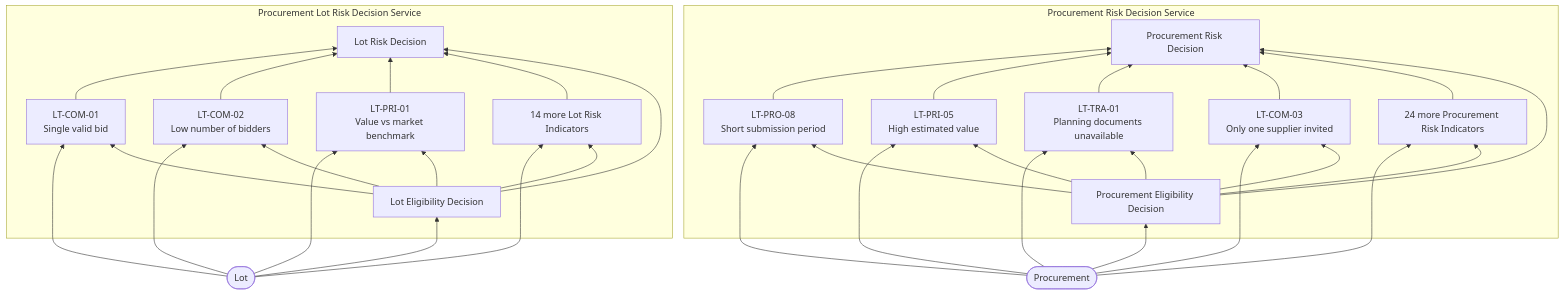
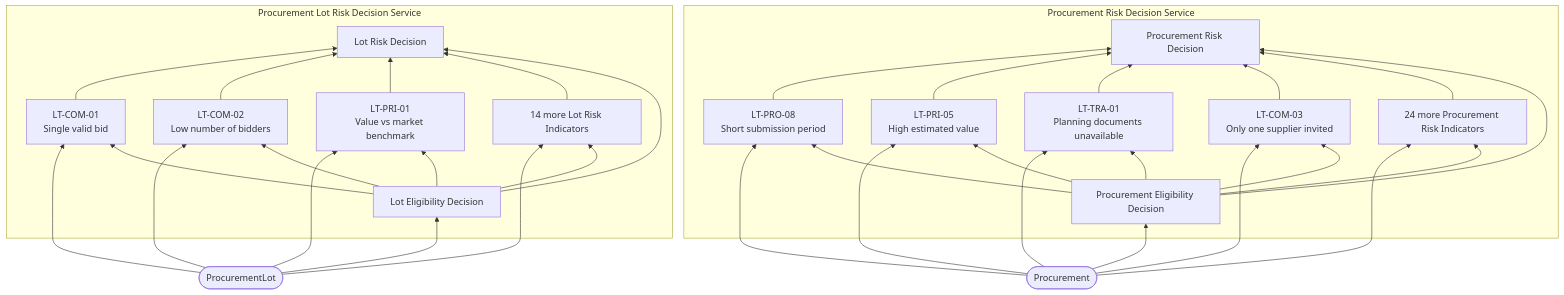
Before and after one commit to Viespirkiu-grupe/viespirkiai: the fourth of 5 diagrams in docs/indicators-story/risk-service-architecture-v2.md, drawn with Mermaid. The commit also changed other lines of this file, not shown here.

````diff
--- a/docs/indicators-story/risk-service-architecture-v2.md
+++ b/docs/indicators-story/risk-service-architecture-v2.md
@@ -143,56 +176,56 @@
 ```mermaid
 flowchart BT
     IDP(["Procurement"])
-    IDL(["Lot"])
+    IDL(["ProcurementLot"])
 
     subgraph DSP["Procurement Risk Decision Service"]
         EDP["Procurement Eligibility Decision"]
         P1["LT-PRO-08<br/>Short submission period"]
         P2["LT-PRI-05<br/>High estimated value"]
         P3["LT-TRA-01<br/>Planning documents unavailable"]
         P4["LT-COM-03<br/>Only one supplier invited"]
         PREST["24 more Procurement Risk Indicators"]
         RDP["Procurement Risk Decision"]
     end
 
     subgraph DSL["Procurement Lot Risk Decision Service"]
         EDL["Lot Eligibility Decision"]
         L1["LT-COM-01<br/>Single valid bid"]
         L2["LT-COM-02<br/>Low number of bidders"]
         L3["LT-PRI-01<br/>Value vs market benchmark"]
         LREST["14 more Lot Risk Indicators"]
         RDL["Lot Risk Decision"]
     end
 
     IDP --> EDP
     IDP --> P1
     IDP --> P2
     IDP --> P3
     IDP --> P4
     IDP --> PREST
     EDP --> P1
     EDP --> P2
     EDP --> P3
     EDP --> P4
     EDP --> PREST
     P1 --> RDP
     P2 --> RDP
     P3 --> RDP
     P4 --> RDP
     PREST --> RDP
     EDP --> RDP
     IDL --> EDL
     IDL --> L1
     IDL --> L2
     IDL --> L3
     IDL --> LREST
     EDL --> L1
     EDL --> L2
     EDL --> L3
     EDL --> LREST
     L1 --> RDL
     L2 --> RDL
     L3 --> RDL
     LREST --> RDL
     EDL --> RDL
 ```
````
